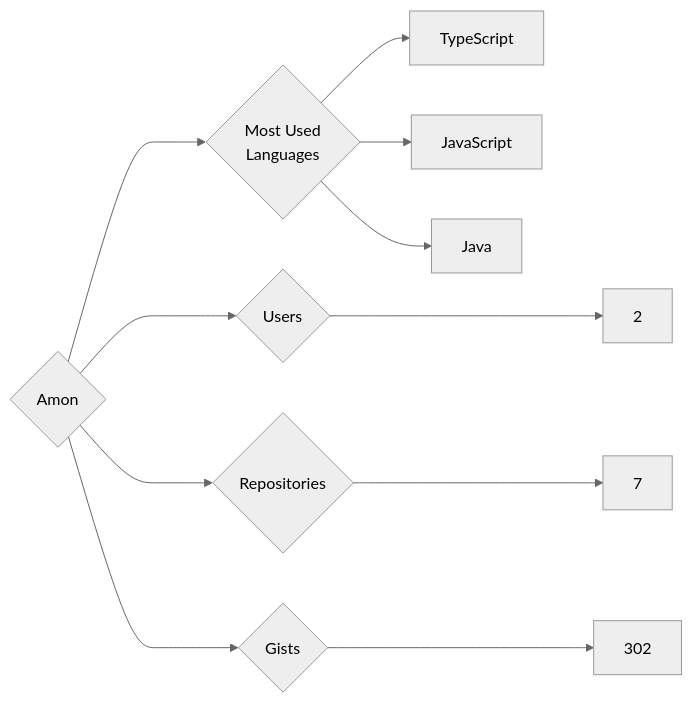
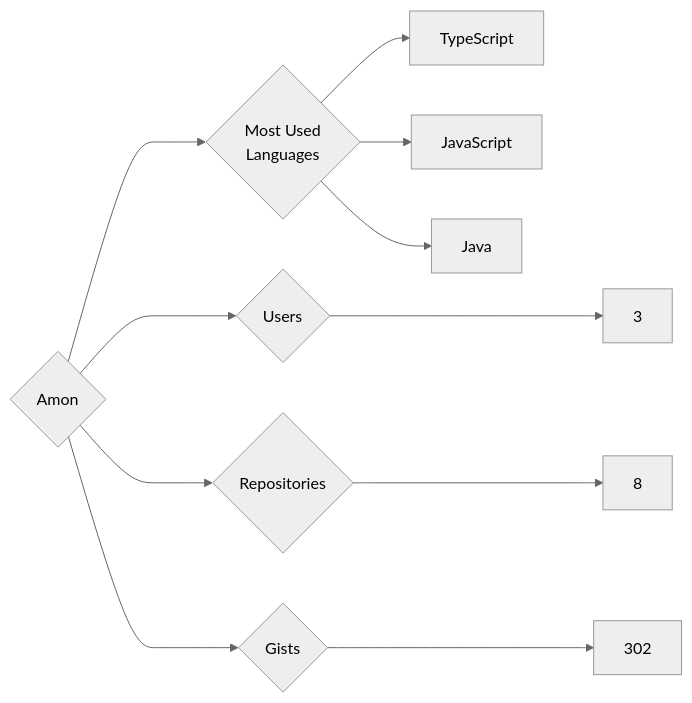
Before and after one commit to trickest/insiders: the diagram in targets/Amon/README.md, drawn with Mermaid (neutral theme). The commit also changed 865 other files, not shown here.

````diff
--- a/targets/Amon/README.md
+++ b/targets/Amon/README.md
@@ -3,11 +3,11 @@
 ```mermaid
 graph LR
 COMPANY_NAME{Amon}
-COMPANY_NAME ---> U{Users} ---> UN[2]
-COMPANY_NAME ---> R{Repositories} ---> RN[7]
+COMPANY_NAME ---> U{Users} ---> UN[3]
+COMPANY_NAME ---> R{Repositories} ---> RN[8]
 COMPANY_NAME ---> G{Gists} ---> GN[302]
 COMPANY_NAME ---> ML{Most Used<br>Languages}
 ML --> TypeScript[TypeScript]
 ML --> JavaScript[JavaScript]
 ML --> Java[Java]
 ```
````
